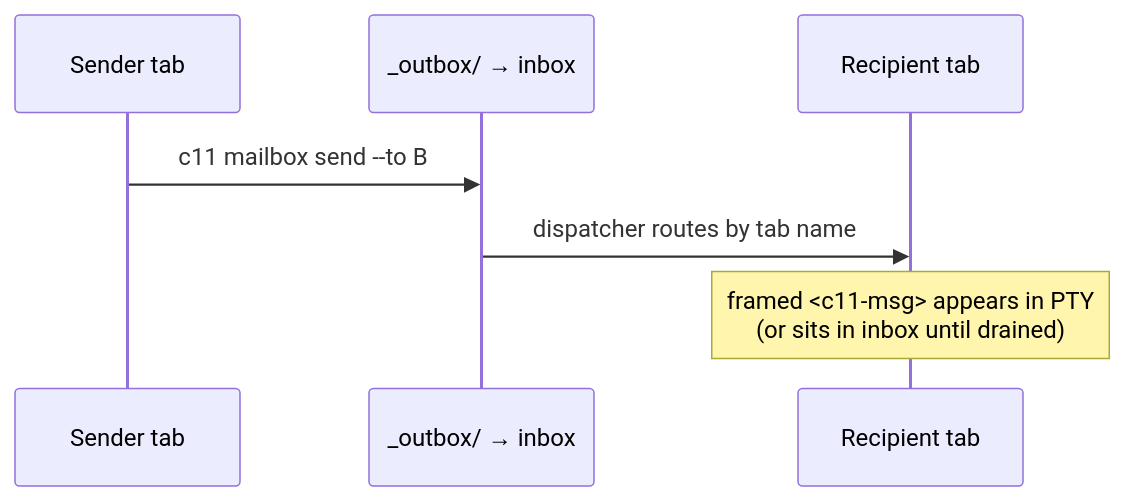
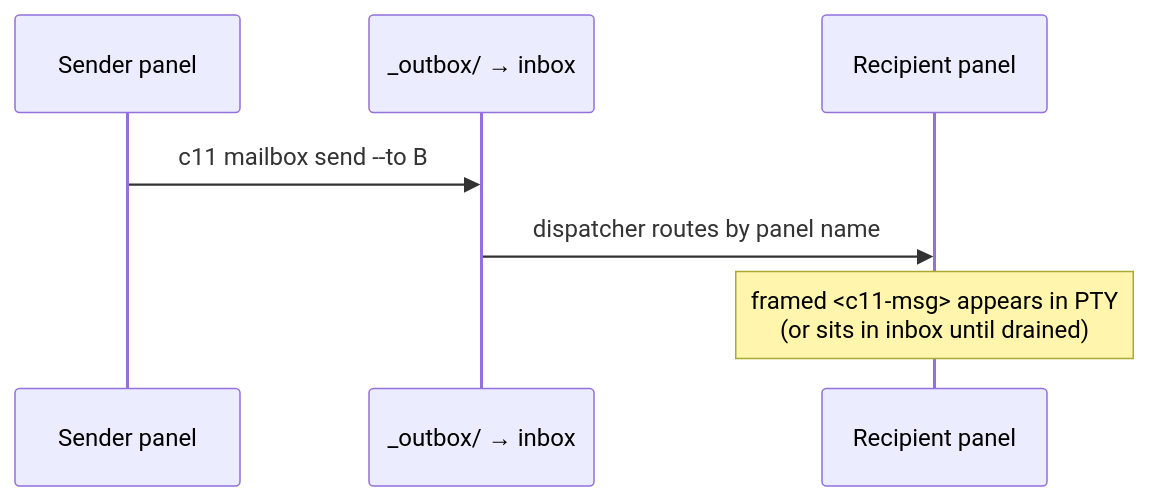
The second of 6 diagrams in docs/c11-mailbox-guide.md (Stage-11-Agentics/c11), drawn with Mermaid before and after one commit. The commit also changed other lines of this file and 4 other files, not shown here.

````diff
--- a/docs/c11-mailbox-guide.md
+++ b/docs/c11-mailbox-guide.md
@@ -149,10 +149,10 @@
 ```mermaid
 sequenceDiagram
-    participant A as Sender tab
+    participant A as Sender panel
     participant FS as _outbox/ → inbox
-    participant B as Recipient tab
+    participant B as Recipient panel
 
     A->>FS: c11 mailbox send --to B
-    FS->>B: dispatcher routes by tab name
+    FS->>B: dispatcher routes by panel name
     Note over B: framed <c11-msg> appears in PTY<br/>(or sits in inbox until drained)
 ```
````
